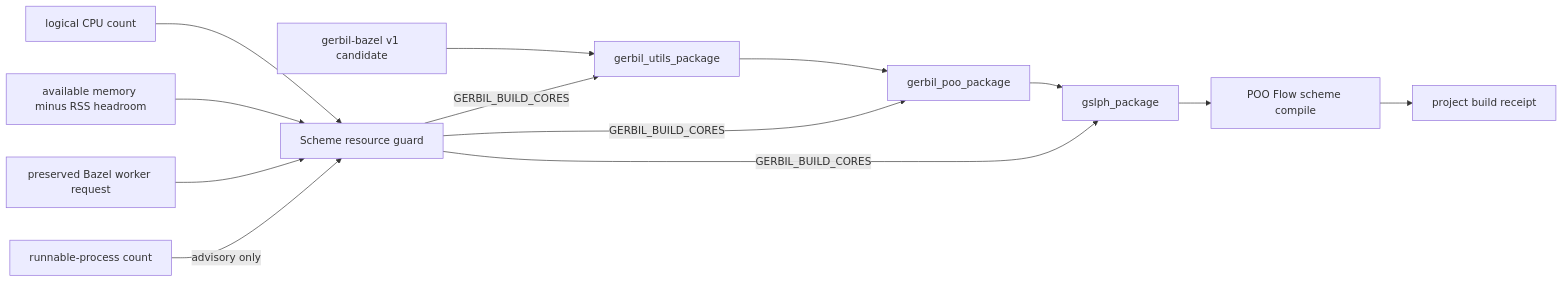
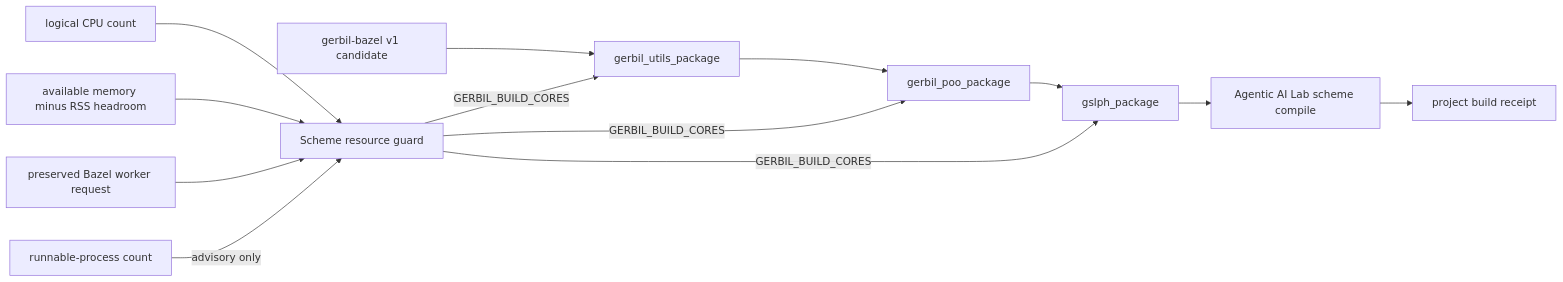
One commit to tao3k/gebril-yuanxu changed the diagram in module-system/design/147-adaptive-scheme-build-guard/16-real-downstream-acceptance.org. Above: the diagram before and after it, drawn with Mermaid. The commit also changed other lines of this file and 507 other files, not shown here.

```diff
--- a/module-system/design/147-adaptive-scheme-build-guard/16-real-downstream-acceptance.org
+++ b/module-system/design/147-adaptive-scheme-build-guard/16-real-downstream-acceptance.org
@@ -11,15 +11,15 @@
 #+begin_src mermaid
 flowchart LR
   Pin["gerbil-bazel v1 candidate"] --> Utils["gerbil_utils_package"]
   Utils --> POO["gerbil_poo_package"]
   POO --> GSLPH["gslph_package"]
-  GSLPH --> Root["POO Flow scheme compile"]
+  GSLPH --> Root["Agentic AI Lab scheme compile"]
   CPU["logical CPU count"] --> Guard["Scheme resource guard"]
   Memory["available memory minus RSS headroom"] --> Guard
   Request["preserved Bazel worker request"] --> Guard
   Runnable["runnable-process count"] -->|"advisory only"| Guard
   Guard -->|"GERBIL_BUILD_CORES"| Utils
   Guard -->|"GERBIL_BUILD_CORES"| POO
   Guard -->|"GERBIL_BUILD_CORES"| GSLPH
   Root --> Receipt["project build receipt"]
 #+end_src
```
